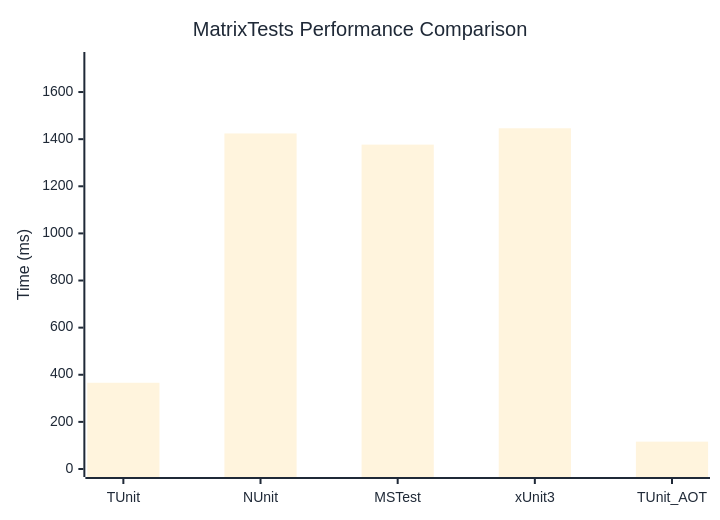
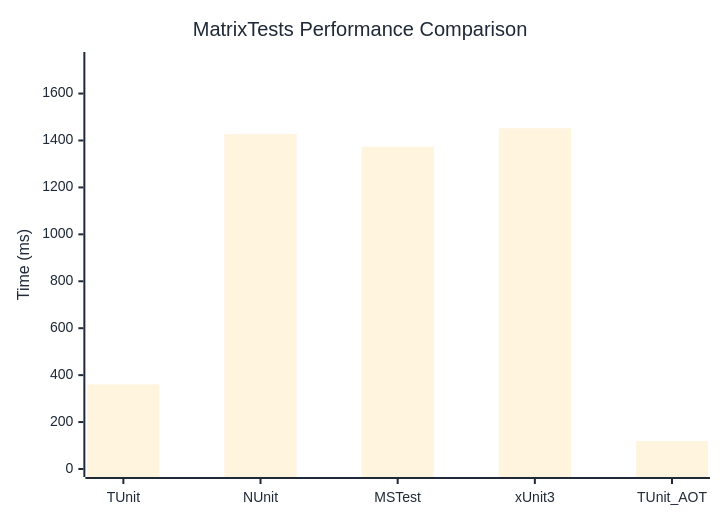
The diagram in docs/docs/benchmarks/engine/MatrixTests.md (thomhurst/TUnit), drawn with Mermaid before and after one commit. The commit also changed other lines of this file and 17 other files, not shown here.

````diff
--- a/docs/docs/benchmarks/engine/MatrixTests.md
+++ b/docs/docs/benchmarks/engine/MatrixTests.md
@@ -29,37 +29,37 @@
 ```mermaid
 %%{init: {
   'theme':'base',
   'themeVariables': {
     'primaryColor': '#2563eb',
     'primaryTextColor': '#1f2937',
     'primaryBorderColor': '#1e40af',
     'lineColor': '#6b7280',
     'secondaryColor': '#7c3aed',
     'tertiaryColor': '#dc2626',
     'background': '#ffffff',
     'mainBkg': '#2563eb',
     'secondBkg': '#7c3aed',
     'tertiaryBkg': '#dc2626',
     'clusterBkg': '#f3f4f6',
     'edgeLabelBackground': '#ffffff',
     'tertiaryTextColor': '#1f2937',
     'pie1': '#2563eb',
     'pie2': '#7c3aed',
     'pie3': '#dc2626',
     'pie4': '#f59e0b',
     'pie5': '#10b981',
     'pie6': '#06b6d4',
     'pie7': '#ec4899',
     'pie8': '#6366f1',
     'pie9': '#84cc16',
     'pie10': '#f97316',
     'pie11': '#14b8a6',
     'pie12': '#a855f7'
   }
 }}%%
 xychart-beta
   title "MatrixTests Performance Comparison"
   x-axis ["TUnit", "NUnit", "MSTest", "xUnit3", "TUnit_AOT"]
-  y-axis "Time (ms)" 0 --> 1736
-  bar [366, 1424.2, 1376.9, 1446.2, 116.1]
+  y-axis "Time (ms)" 0 --> 1743
+  bar [360.6, 1426.9, 1373.4, 1452.1, 119.1]
 ```
````
